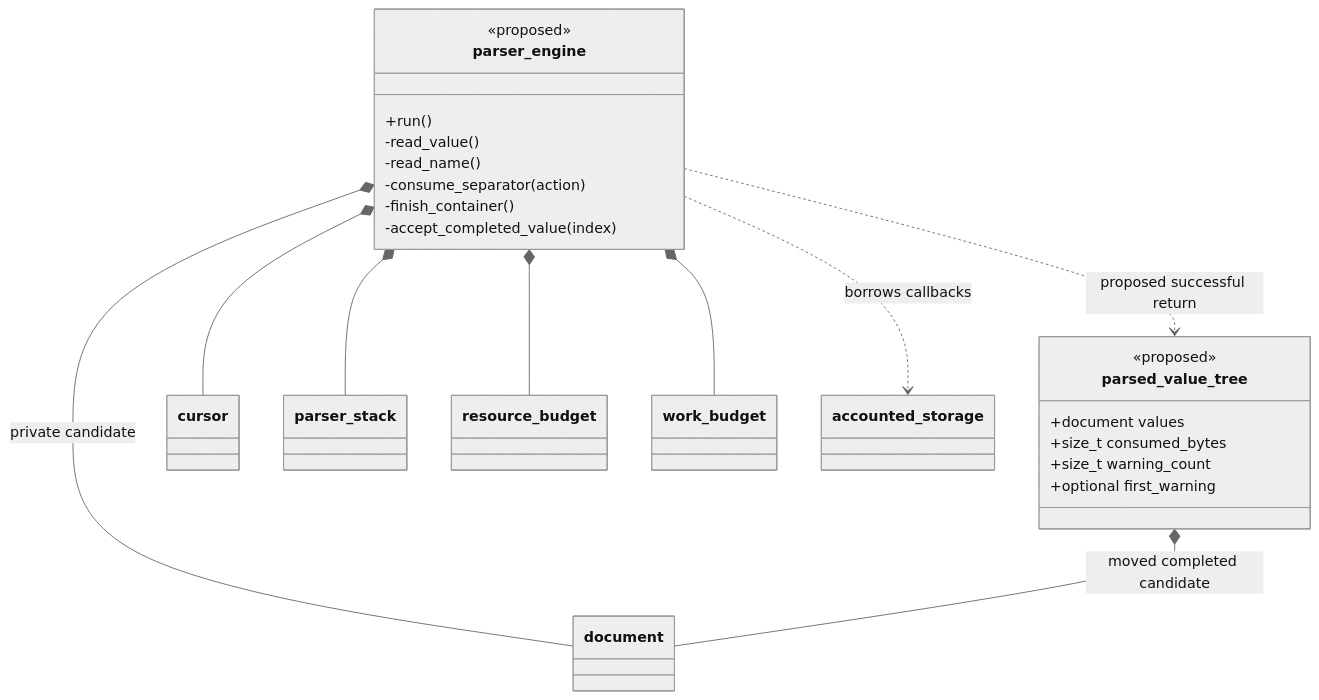
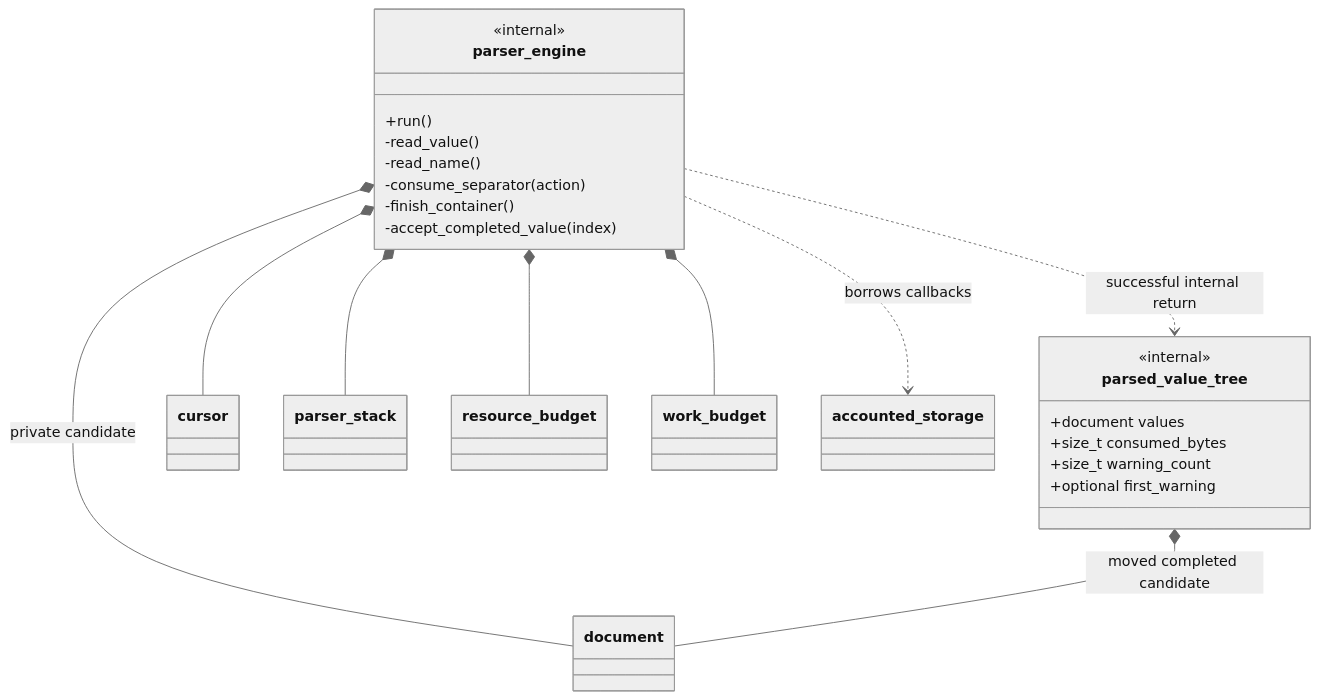
Diagram 13 of 14 in docs/current-architecture.md (Romanr92/Adaptive_JSON5), drawn with Mermaid (neutral theme) before and after one commit. The commit also changed other lines of this file and 267 other files, not shown here.

````diff
--- a/docs/current-architecture.md
+++ b/docs/current-architecture.md
@@ -812,33 +821,33 @@
 ```mermaid
 classDiagram
     class parser_engine {
-        <<proposed>>
+        <<internal>>
         +run()
         -read_value()
         -read_name()
         -consume_separator(action)
         -finish_container()
         -accept_completed_value(index)
     }
     class parsed_value_tree {
-        <<proposed>>
+        <<internal>>
         +document values
         +size_t consumed_bytes
         +size_t warning_count
         +optional first_warning
     }
     class cursor
     class document
     class parser_stack
     class resource_budget
     class work_budget
     class accounted_storage
     parser_engine *-- cursor
     parser_engine *-- document : private candidate
     parser_engine *-- parser_stack
     parser_engine *-- resource_budget
     parser_engine *-- work_budget
     parser_engine ..> accounted_storage : borrows callbacks
-    parser_engine ..> parsed_value_tree : proposed successful return
+    parser_engine ..> parsed_value_tree : successful internal return
     parsed_value_tree *-- document : moved completed candidate
 ```
````
